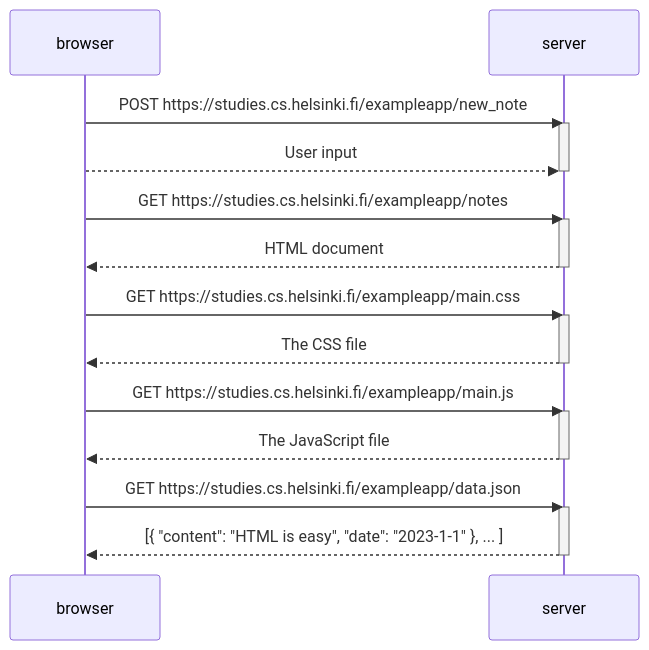
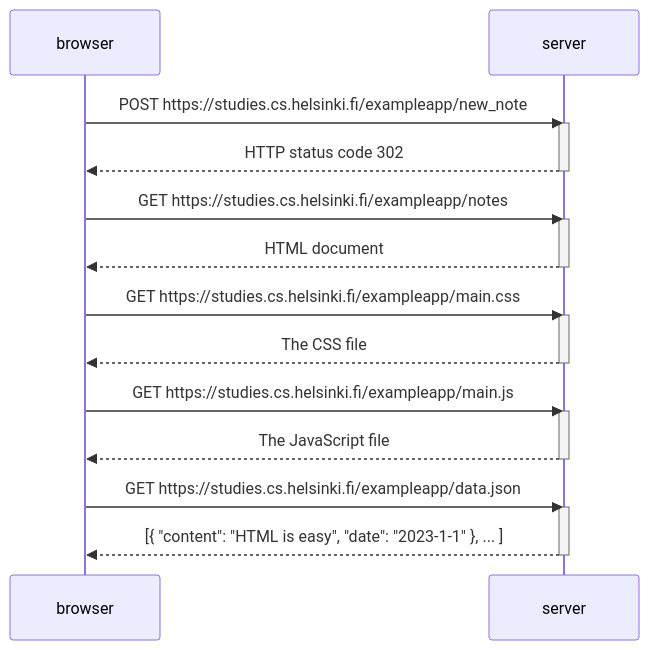
Before and after one commit to Gumbosh/fullstackopen: the diagram in part0/04-new-note-diagram/new-note-diagram.md, drawn with Mermaid.

Commit message:
fix: Fix post method diagram from exercise 0.4

````diff
--- a/part0/04-new-note-diagram/new-note-diagram.md
+++ b/part0/04-new-note-diagram/new-note-diagram.md
@@ -1,30 +1,30 @@
 ```mermaid
 sequenceDiagram
 participant browser
 participant server
 
     browser->>server: POST https://studies.cs.helsinki.fi/exampleapp/new_note
     activate server
-    browser-->>server: User input
+    server-->>browser: HTTP status code 302
     deactivate server
 
     browser->>server: GET https://studies.cs.helsinki.fi/exampleapp/notes
     activate server
     server-->>browser: HTML document
     deactivate server
 
     browser->>server: GET https://studies.cs.helsinki.fi/exampleapp/main.css
     activate server
     server-->>browser: The CSS file
     deactivate server
 
     browser->>server: GET https://studies.cs.helsinki.fi/exampleapp/main.js
     activate server
     server-->>browser: The JavaScript file
     deactivate server
 
     browser->>server: GET https://studies.cs.helsinki.fi/exampleapp/data.json
     activate server
     server-->>browser: [{ "content": "HTML is easy", "date": "2023-1-1" }, ... ]
     deactivate server
 ```
````
